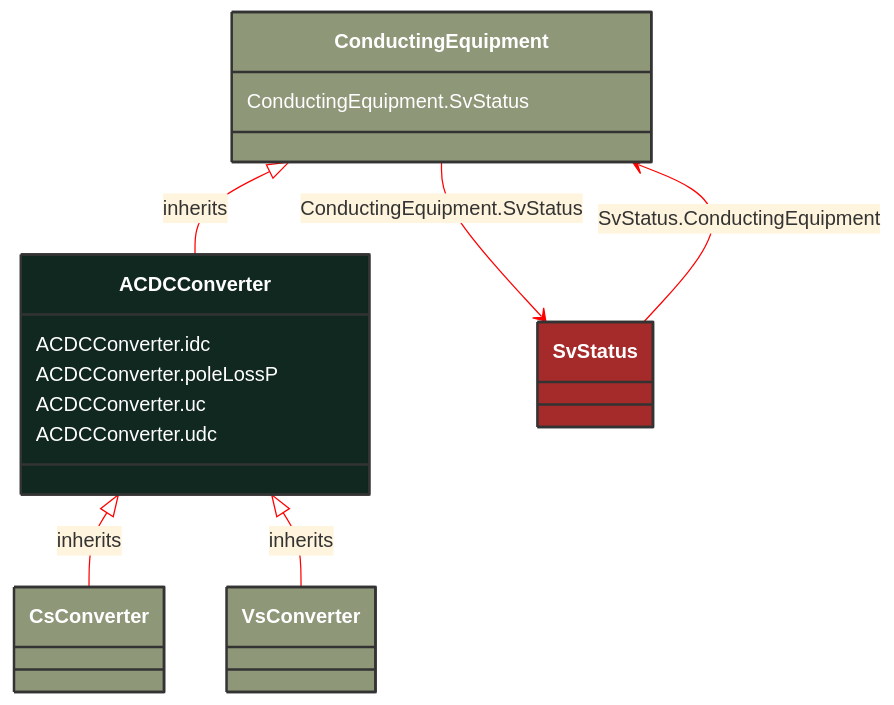
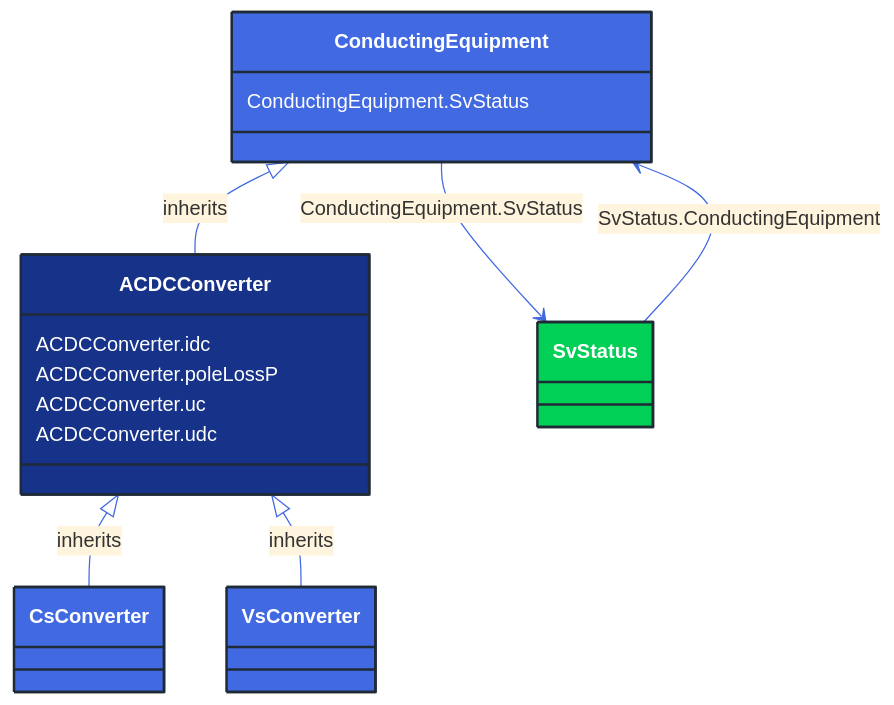
Before and after one commit to 3lbits/NoCIMExtensions: the diagram in docs/Models/Profiles/StateVariables/AbstractClasses/ACDCConverter.md, drawn with Mermaid. The commit also changed 362 other files, not shown here.

First line of the commit message:
Update diagrams and styles for improved visual consistency

````diff
--- a/docs/Models/Profiles/StateVariables/AbstractClasses/ACDCConverter.md
+++ b/docs/Models/Profiles/StateVariables/AbstractClasses/ACDCConverter.md
@@ -10,42 +10,42 @@
 ```mermaid
-%%{init: {'theme':'base','themeVariables': {'lineColor': '#FF0000'}}}%%
+%%{init: {'theme':'base','themeVariables': {'lineColor': '#4169E1'}}}%%
 classDiagram
     class ACDCConverter
     click ACDCConverter href "/Models/Profiles/StateVariables/AbstractClasses/ACDCConverter/"
-    style ACDCConverter fill:#102820,stroke:#333,stroke-width:2px,rx:10,ry:10,color:white
+    style ACDCConverter fill:#163289,stroke:#1F2A37,stroke-width:2px,rx:10,ry:10,color:white
 
         ACDCConverter <|-- CsConverter : inherits
 
         CsConverter
             click CsConverter href "/Models/Profiles/StateVariables/ConcreteClasses/CsConverter/"
-            style CsConverter fill:#8F9779,stroke:#333,stroke-width:2px,rx:10,ry:10,color:white
+            style CsConverter fill:#4169E1,stroke:#1F2A37,stroke-width:2px,rx:10,ry:10,color:white
 
         ACDCConverter <|-- VsConverter : inherits
 
         VsConverter
             click VsConverter href "/Models/Profiles/StateVariables/ConcreteClasses/VsConverter/"
-            style VsConverter fill:#8F9779,stroke:#333,stroke-width:2px,rx:10,ry:10,color:white
+            style VsConverter fill:#4169E1,stroke:#1F2A37,stroke-width:2px,rx:10,ry:10,color:white
      
         ConductingEquipment <|-- ACDCConverter : inherits
             click ConductingEquipment href "/Models/Profiles/StateVariables/AbstractClasses/ConductingEquipment/"
-            style ConductingEquipment fill:#8F9779,stroke:#333,stroke-width:2px,rx:10,ry:10,color:white
+            style ConductingEquipment fill:#4169E1,stroke:#1F2A37,stroke-width:2px,rx:10,ry:10,color:white
 
         ConductingEquipment --> SvStatus : ConductingEquipment.SvStatus
 
         SvStatus
             click SvStatus href "/Models/Profiles/StateVariables/ConcreteClasses/SvStatus/"
-            style SvStatus fill:#A52A2A,stroke:#333,stroke-width:2px,rx:10,ry:10,color:white
+            style SvStatus fill:#00D156,stroke:#1F2A37,stroke-width:2px,rx:10,ry:10,color:white
 
         SvStatus --> ConductingEquipment : SvStatus.ConductingEquipment
 
         SvStatus
             click SvStatus href "/Models/Profiles/StateVariables/ConcreteClasses/SvStatus/"
-            style SvStatus fill:#A52A2A,stroke:#333,stroke-width:2px,rx:10,ry:10,color:white
+            style SvStatus fill:#00D156,stroke:#1F2A37,stroke-width:2px,rx:10,ry:10,color:white
 
 
         ACDCConverter : ACDCConverter.idc
         ACDCConverter : ACDCConverter.poleLossP
         ACDCConverter : ACDCConverter.uc
         ACDCConverter : ACDCConverter.udc
         ConductingEquipment : ConductingEquipment.SvStatus
 ```
````
